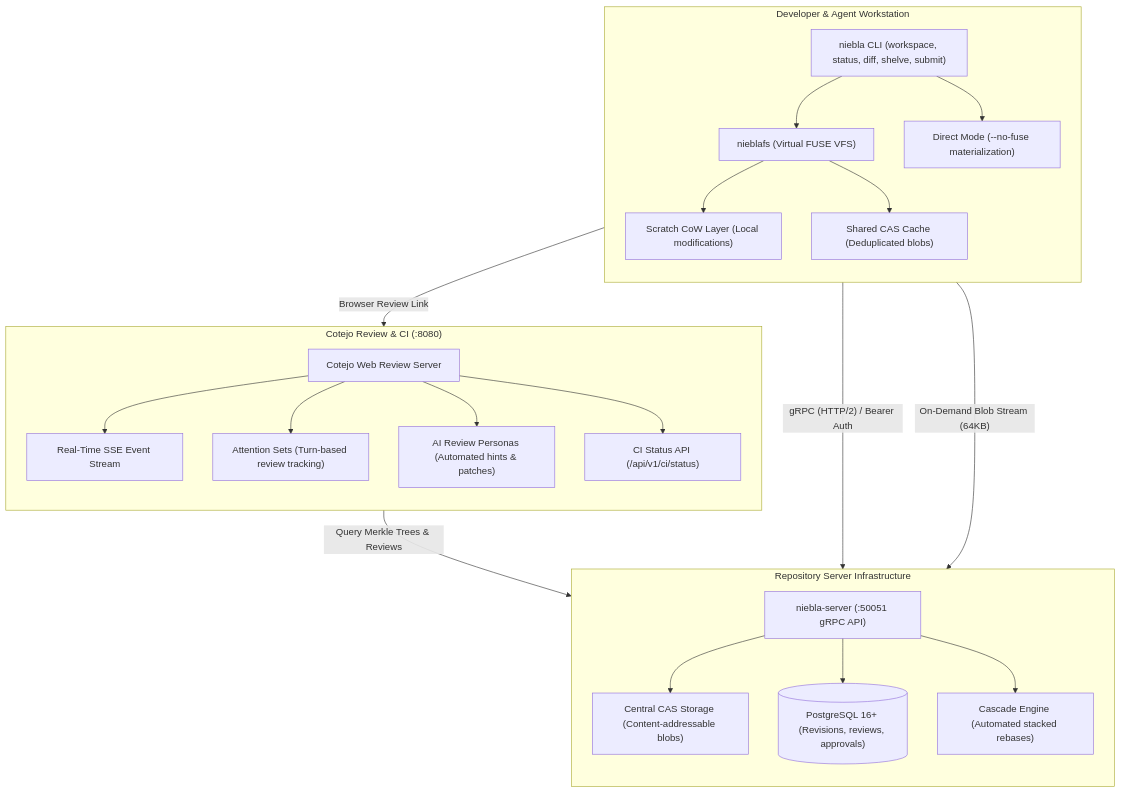
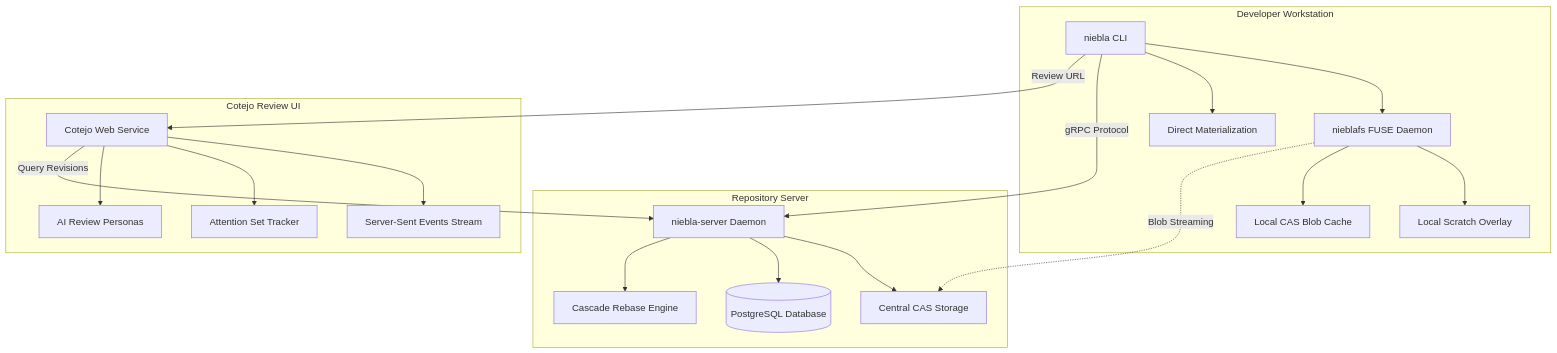
Before and after one commit to mrtnzjsh/niebla: the diagram in README.md, drawn with Mermaid.

Commit message:
fix(readme): simplify Mermaid architecture flowchart for maximum previewer compatibility

````diff
--- a/README.md
+++ b/README.md
@@ -30,47 +30,42 @@
 ```mermaid
 flowchart TD
-    subgraph Workstation["Developer & Agent Workstation"]
-        direction TB
-        CLI["niebla CLI (workspace, status, diff, shelve, submit)"]
-        FS["nieblafs (Virtual FUSE VFS)"]
-        Direct["Direct Mode (--no-fuse materialization)"]
-        Scratch["Scratch CoW Layer (Local modifications)"]
-        CASLocal["Shared CAS Cache (Deduplicated blobs)"]
+    subgraph Workstation["Developer Workstation"]
+        CLI["niebla CLI"]
+        FS["nieblafs FUSE Daemon"]
+        Direct["Direct Materialization"]
+        Scratch["Local Scratch Overlay"]
+        CASLocal["Local CAS Blob Cache"]
 
         CLI --> FS
         CLI --> Direct
         FS --> Scratch
         FS --> CASLocal
     end
 
-    subgraph Cluster["Repository Server Infrastructure"]
-        direction TB
-        Server["niebla-server (:50051 gRPC API)"]
-        CASRemote["Central CAS Storage (Content-addressable blobs)"]
-        DB[("PostgreSQL 16+ (Revisions, reviews, approvals)")]
-        Cascade["Cascade Engine (Automated stacked rebases)"]
+    subgraph Server["Repository Server"]
+        Daemon["niebla-server Daemon"]
+        CASRemote["Central CAS Storage"]
+        DB[("PostgreSQL Database")]
+        Cascade["Cascade Rebase Engine"]
 
-        Server --> CASRemote
-        Server --> DB
-        Server --> Cascade
+        Daemon --> CASRemote
+        Daemon --> DB
+        Daemon --> Cascade
     end
 
-    subgraph Web["Cotejo Review & CI (:8080)"]
-        direction TB
-        Cotejo["Cotejo Web Review Server"]
-        SSE["Real-Time SSE Event Stream"]
-        Attention["Attention Sets (Turn-based review tracking)"]
-        Agents["AI Review Personas (Automated hints & patches)"]
-        CIHub["CI Status API (/api/v1/ci/status)"]
+    subgraph Review["Cotejo Review UI"]
+        Cotejo["Cotejo Web Service"]
+        SSE["Server-Sent Events Stream"]
+        Attention["Attention Set Tracker"]
+        Agents["AI Review Personas"]
 
         Cotejo --> SSE
         Cotejo --> Attention
         Cotejo --> Agents
-        Cotejo --> CIHub
     end
 
-    CLI -->|"gRPC (HTTP/2) / Bearer Auth"| Server
-    FS -->|"On-Demand Blob Stream (64KB)"| CASRemote
-    CLI -->|"Browser Review Link"| Cotejo
-    Cotejo -->|"Query Merkle Trees & Reviews"| Server
+    CLI -->|"gRPC Protocol"| Daemon
+    FS -.->|"Blob Streaming"| CASRemote
+    CLI -->|"Review URL"| Cotejo
+    Cotejo -->|"Query Revisions"| Daemon
 ```
````
